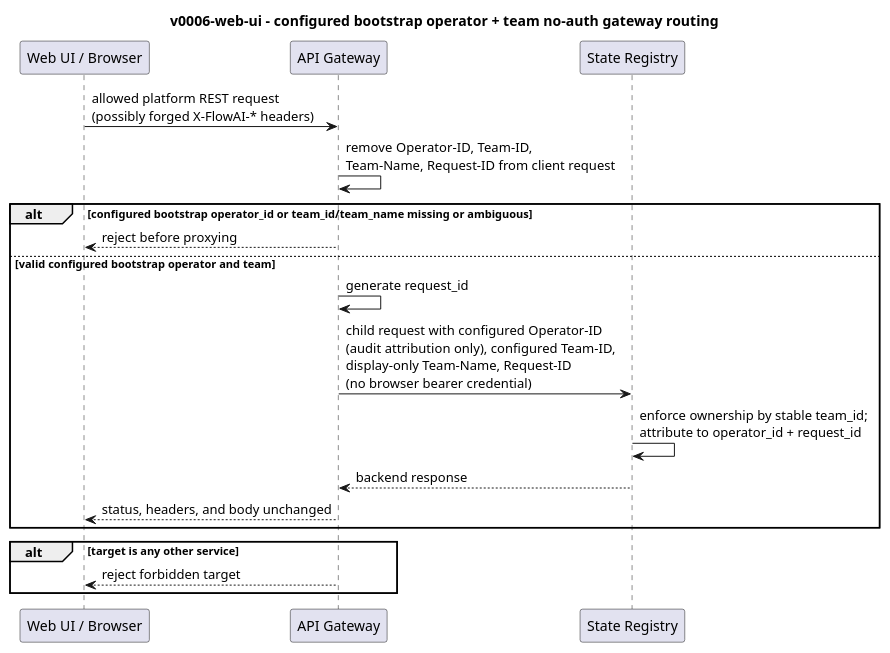
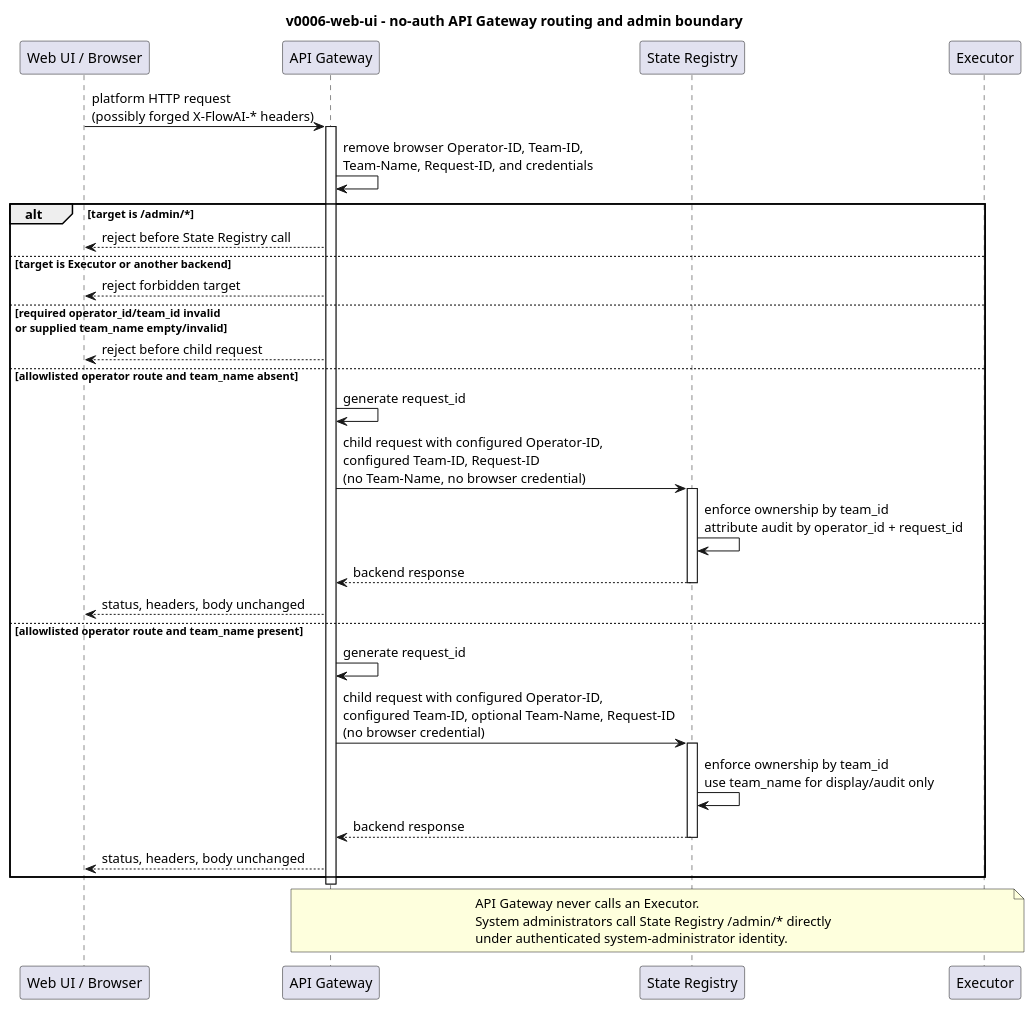
The diagram in openspec/changes/v0006-web-ui/specs/diagrams/02-gateway-routing-no-auth.puml (pandops/flowai), drawn with PlantUML before and after one commit. The commit also changed 22 other files, not shown here.

```diff
--- a/openspec/changes/v0006-web-ui/specs/diagrams/02-gateway-routing-no-auth.puml
+++ b/openspec/changes/v0006-web-ui/specs/diagrams/02-gateway-routing-no-auth.puml
@@ -2,23 +2,44 @@
 @startuml
-title v0006-web-ui - configured bootstrap operator + team no-auth gateway routing
+title v0006-web-ui - no-auth API Gateway routing and admin boundary
 
-participant "Web UI / Browser" as UI
-participant "API Gateway" as Gateway
-participant "State Registry" as State
+participant "Web UI / Browser" as web_browser
+participant "API Gateway" as api_gateway
+participant "State Registry" as state_registry
+participant "Executor" as executor_service
 
-UI -> Gateway : allowed platform REST request\n(possibly forged X-FlowAI-* headers)
-Gateway -> Gateway : remove Operator-ID, Team-ID,\nTeam-Name, Request-ID from client request
-alt configured bootstrap operator_id or team_id/team_name missing or ambiguous
-  Gateway --> UI : reject before proxying
-else valid configured bootstrap operator and team
-  Gateway -> Gateway : generate request_id
-  Gateway -> State : child request with configured Operator-ID\n(audit attribution only), configured Team-ID,\ndisplay-only Team-Name, Request-ID\n(no browser bearer credential)
-  State -> State : enforce ownership by stable team_id;\nattribute to operator_id + request_id
-  State --> Gateway : backend response
-  Gateway --> UI : status, headers, and body unchanged
-end
-alt target is any other service
-  Gateway --> UI : reject forbidden target
+web_browser -> api_gateway : platform HTTP request\n(possibly forged X-FlowAI-* headers)
+activate api_gateway
+api_gateway -> api_gateway : remove browser Operator-ID, Team-ID,\nTeam-Name, Request-ID, and credentials
+
+alt target is /admin/*
+  api_gateway --> web_browser : reject before State Registry call
+else target is Executor or another backend
+  api_gateway --> web_browser : reject forbidden target
+else required operator_id/team_id invalid\nor supplied team_name empty/invalid
+  api_gateway --> web_browser : reject before child request
+else allowlisted operator route and team_name absent
+  api_gateway -> api_gateway : generate request_id
+  api_gateway -> state_registry : child request with configured Operator-ID,\nconfigured Team-ID, Request-ID\n(no Team-Name, no browser credential)
+  activate state_registry
+  state_registry -> state_registry : enforce ownership by team_id\nattribute audit by operator_id + request_id
+  state_registry --> api_gateway : backend response
+  deactivate state_registry
+  api_gateway --> web_browser : status, headers, body unchanged
+else allowlisted operator route and team_name present
+  api_gateway -> api_gateway : generate request_id
+  api_gateway -> state_registry : child request with configured Operator-ID,\nconfigured Team-ID, optional Team-Name, Request-ID\n(no browser credential)
+  activate state_registry
+  state_registry -> state_registry : enforce ownership by team_id\nuse team_name for display/audit only
+  state_registry --> api_gateway : backend response
+  deactivate state_registry
+  api_gateway --> web_browser : status, headers, body unchanged
 end
 
+deactivate api_gateway
+note over api_gateway, executor_service
+  API Gateway never calls an Executor.
+  System administrators call State Registry /admin/* directly
+  under authenticated system-administrator identity.
+end note
+
 @enduml
```
